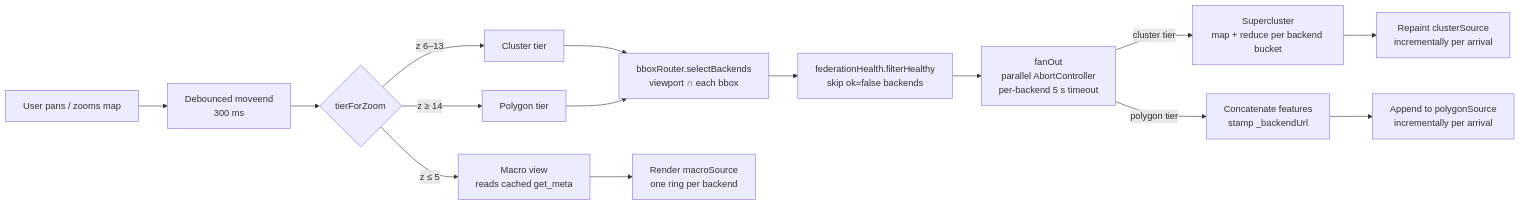
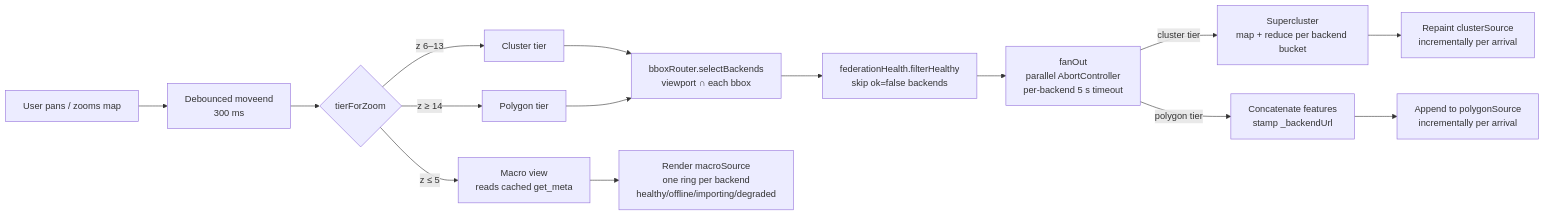
One commit to mfuhrmann/spieli changed the diagram in docs/reference/federation.md. Above: the diagram before and after it, drawn with Mermaid. The commit also changed other lines of this file and 6 other files, not shown here.

First line of the commit message:
feat(hub): add importing ring state to macro view (#582)

````diff
--- a/docs/reference/federation.md
+++ b/docs/reference/federation.md
@@ -141,22 +150,22 @@
 ```mermaid
 flowchart LR
     user[User pans / zooms map] --> moveend[Debounced moveend<br/>300 ms]
     moveend --> tier{tierForZoom}
     tier -- "z ≤ 5" --> macro[Macro view<br/>reads cached get_meta]
     tier -- "z 6–13" --> cluster[Cluster tier]
     tier -- "z ≥ 14" --> polygon[Polygon tier]
 
     cluster --> bbox[bboxRouter.selectBackends<br/>viewport ∩ each bbox]
     polygon --> bbox
 
     bbox --> health[federationHealth.filterHealthy<br/>skip ok=false backends]
     health --> fanout[fanOut<br/>parallel AbortController<br/>per-backend 5 s timeout]
 
     fanout -- "cluster tier" --> sc[Supercluster<br/>map + reduce per backend bucket]
     fanout -- "polygon tier" --> concat[Concatenate features<br/>stamp _backendUrl]
 
     sc --> render[Repaint clusterSource<br/>incrementally per arrival]
     concat --> render2[Append to polygonSource<br/>incrementally per arrival]
 
-    macro --> macroLayer[Render macroSource<br/>one ring per backend]
+    macro --> macroLayer[Render macroSource<br/>one ring per backend<br/>healthy/offline/importing/degraded]
 ```
````
